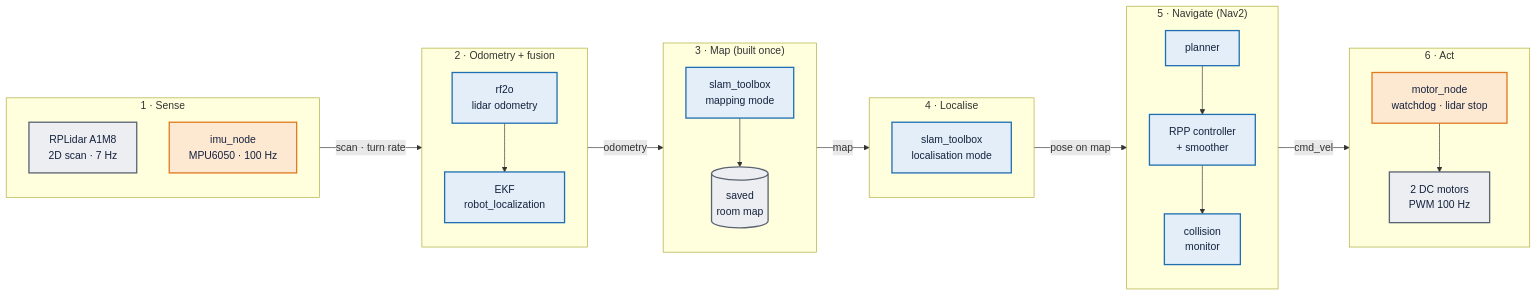
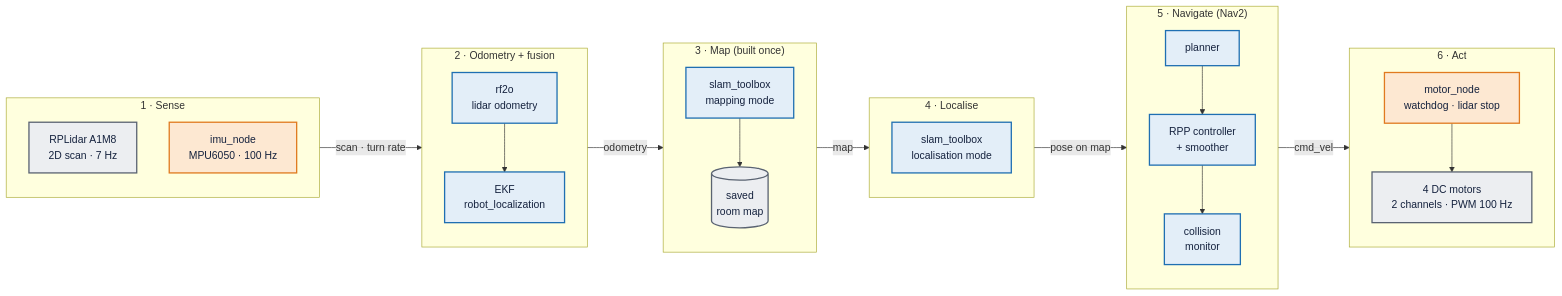
One commit to samwee24/delivery_bot changed the diagram in report/figures/pipeline.mmd. Above: the diagram before and after it, drawn with Mermaid. The commit also changed 82 other files, not shown here.

```diff
--- a/report/figures/pipeline.mmd
+++ b/report/figures/pipeline.mmd
@@ -1,39 +1,39 @@
 flowchart LR
     subgraph B1["1 · Sense"]
         direction TB
         LIDAR["RPLidar A1M8<br/>2D scan · 7 Hz"]
         IMU["imu_node<br/>MPU6050 · 100 Hz"]
     end
     subgraph B2["2 · Odometry + fusion"]
         direction TB
         RF2O["rf2o<br/>lidar odometry"] --> EKF["EKF<br/>robot_localization"]
     end
     subgraph B3["3 · Map (built once)"]
         direction TB
         MAPPING["slam_toolbox<br/>mapping mode"] --> MAP[("saved<br/>room map")]
     end
     subgraph B4["4 · Localise"]
         direction TB
         LOC["slam_toolbox<br/>localisation mode"]
     end
     subgraph B5["5 · Navigate (Nav2)"]
         direction TB
         PLAN["planner"] --> CTRL["RPP controller<br/>+ smoother"] --> CM["collision<br/>monitor"]
     end
     subgraph B6["6 · Act"]
         direction TB
-        MOTOR["motor_node<br/>watchdog · lidar stop"] --> WHEELS["2 DC motors<br/>PWM 100 Hz"]
+        MOTOR["motor_node<br/>watchdog · lidar stop"] --> WHEELS["4 DC motors<br/>2 channels · PWM 100 Hz"]
     end
 
     B1 -->|"scan · turn rate"| B2
     B2 -->|odometry| B3
     B3 -->|map| B4
     B4 -->|pose on map| B5
     B5 -->|cmd_vel| B6
 
     classDef ours fill:#fde8d2,stroke:#e07a1f,stroke-width:2px,color:#14213d
     classDef pkg fill:#e3eef8,stroke:#1f6fb2,stroke-width:2px,color:#14213d
     classDef hw fill:#eceef1,stroke:#5a6372,stroke-width:2px,color:#14213d
     class LIDAR,WHEELS,MAP hw
     class IMU,MOTOR ours
     class RF2O,EKF,MAPPING,LOC,PLAN,CTRL,CM pkg
```
